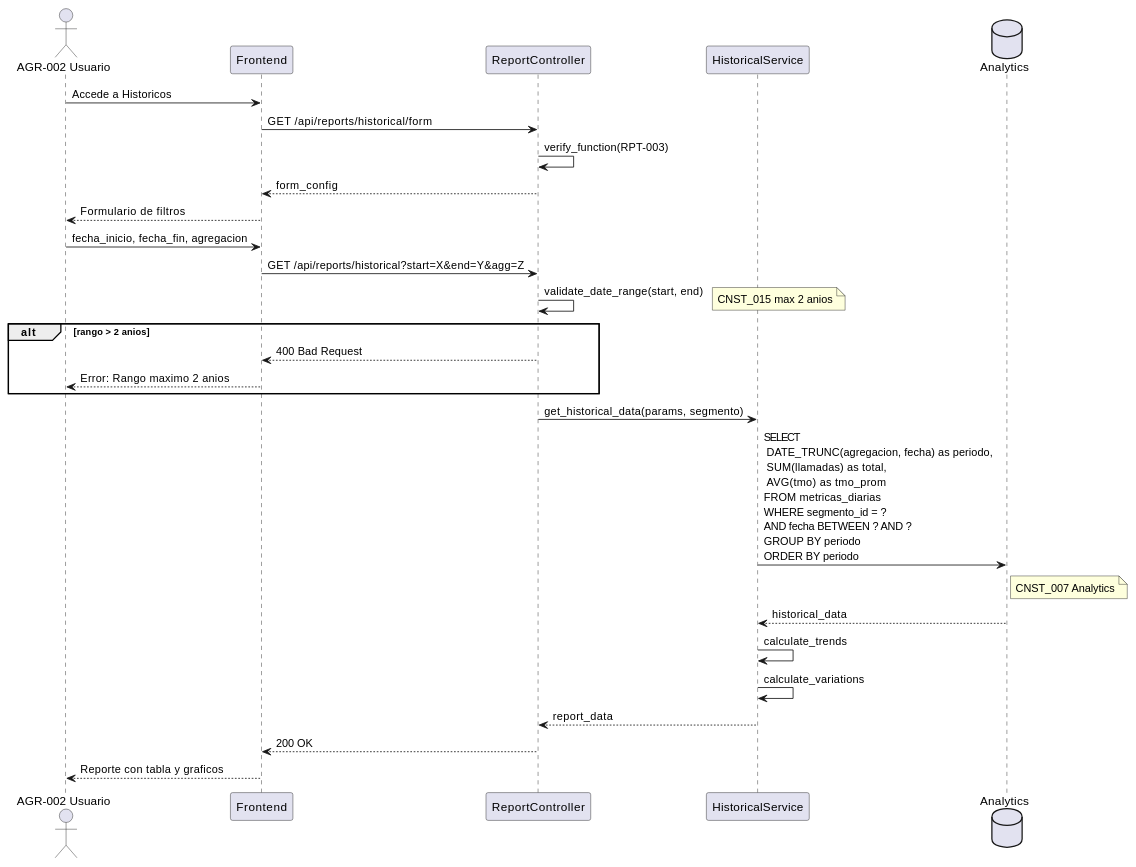
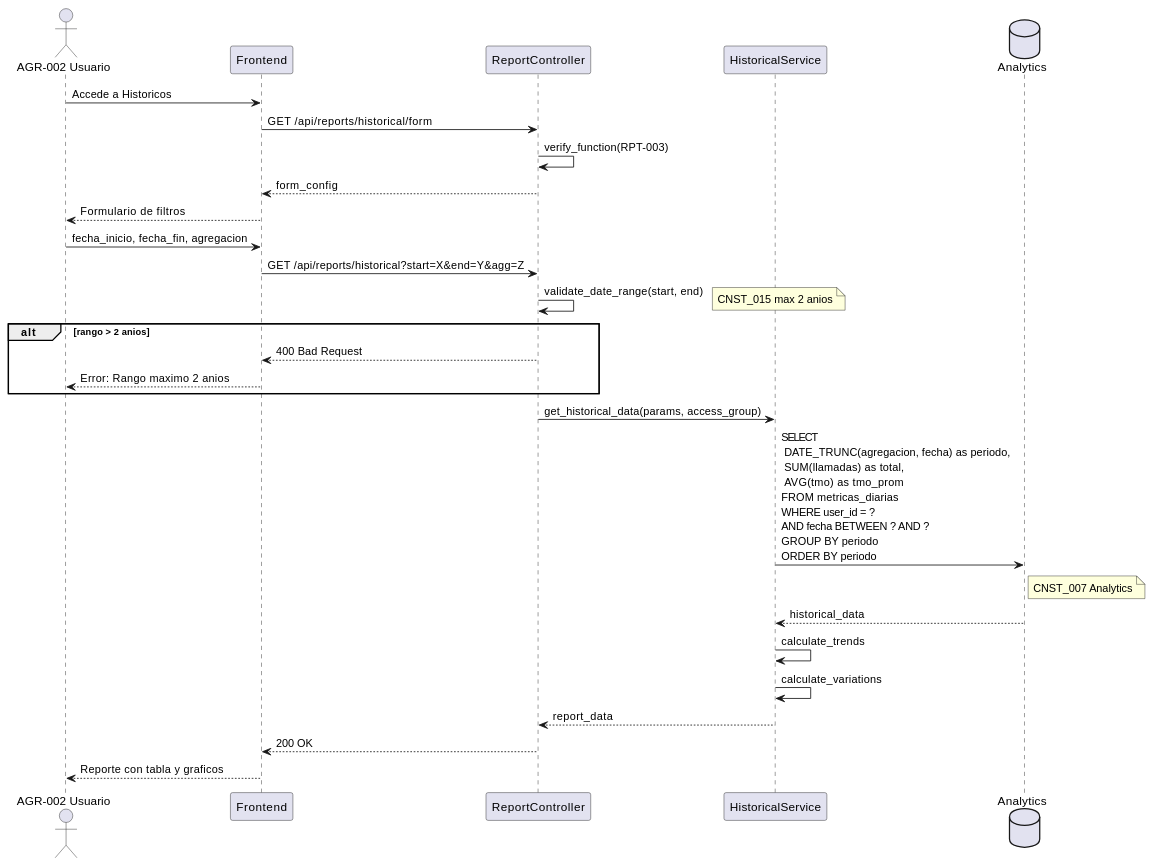
The second of 3 diagrams in source/requisitos/casos-uso/reports/uc-rpt-03-ver-reportes-historicos.rst (jcg-admin/IACT-docs), drawn with PlantUML before and after one commit. The commit also changed other lines of this file and 14 other files, not shown here.

```diff
--- a/source/requisitos/casos-uso/reports/uc-rpt-03-ver-reportes-historicos.rst
+++ b/source/requisitos/casos-uso/reports/uc-rpt-03-ver-reportes-historicos.rst
@@ -164,40 +164,40 @@
 .. uml::
  :caption: Diagrama de Secuencia - UC_RPT_03
 
  @startuml
  actor "AGR-002 Usuario" as U
  participant "Frontend" as FE
  participant "ReportController" as RC
  participant "HistoricalService" as HS
  database "Analytics" as DB
 
  U -> FE: Accede a Historicos
  FE -> RC: GET /api/reports/historical/form
  RC -> RC: verify_function(RPT-003)
  RC --> FE: form_config
  FE --> U: Formulario de filtros
 
  U -> FE: fecha_inicio, fecha_fin, agregacion
  FE -> RC: GET /api/reports/historical?start=X&end=Y&agg=Z
 
  RC -> RC: validate_date_range(start, end)
  note right: CNST_015 max 2 anios
 
  alt rango > 2 anios
  RC --> FE: 400 Bad Request
  FE --> U: Error: Rango maximo 2 anios
  end
 
- RC -> HS: get_historical_data(params, segmento)
+ RC -> HS: get_historical_data(params, access_group)
 
- HS -> DB: SELECT\n DATE_TRUNC(agregacion, fecha) as periodo,\n SUM(llamadas) as total,\n AVG(tmo) as tmo_prom\nFROM metricas_diarias\nWHERE segmento_id = ?\nAND fecha BETWEEN ? AND ?\nGROUP BY periodo\nORDER BY periodo
+ HS -> DB: SELECT\n DATE_TRUNC(agregacion, fecha) as periodo,\n SUM(llamadas) as total,\n AVG(tmo) as tmo_prom\nFROM metricas_diarias\nWHERE user_id = ?\nAND fecha BETWEEN ? AND ?\nGROUP BY periodo\nORDER BY periodo
  note right of DB: CNST_007 Analytics
  DB --> HS: historical_data
 
  HS -> HS: calculate_trends
  HS -> HS: calculate_variations
 
  HS --> RC: report_data
  RC --> FE: 200 OK
  FE --> U: Reporte con tabla y graficos
  @enduml
```
